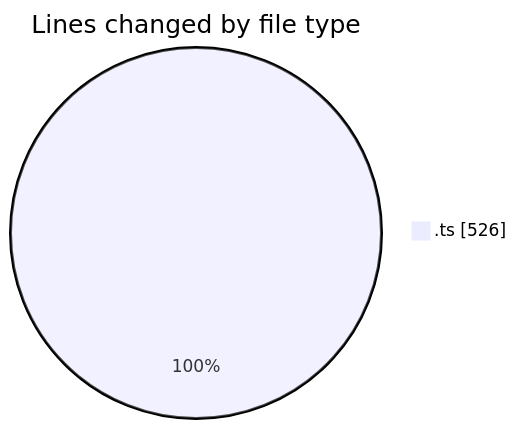
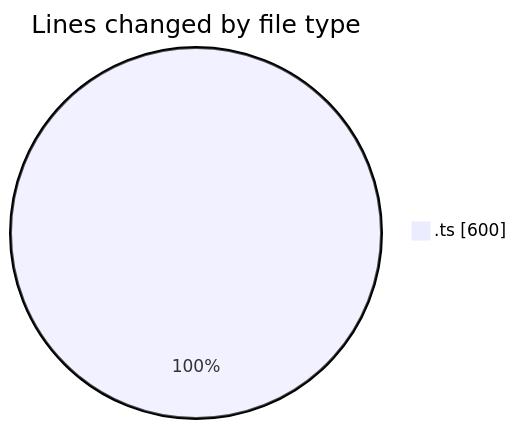
Before and after one commit to tmsrecording-cyber/code-tracking: the first of 2 diagrams in 2026-02-09/singularitybrainai/README.md, drawn with Mermaid. The commit also changed other lines of this file and 1 other file, not shown here.

````diff
--- a/2026-02-09/singularitybrainai/README.md
+++ b/2026-02-09/singularitybrainai/README.md
@@ -22,5 +22,5 @@
 ```mermaid
 pie showData
 title Lines changed by file type
-".ts" : 526
+".ts" : 600
 ```
````
